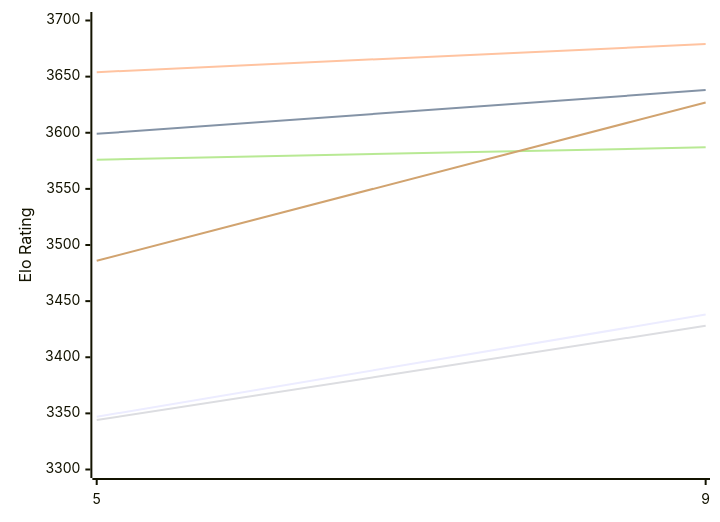
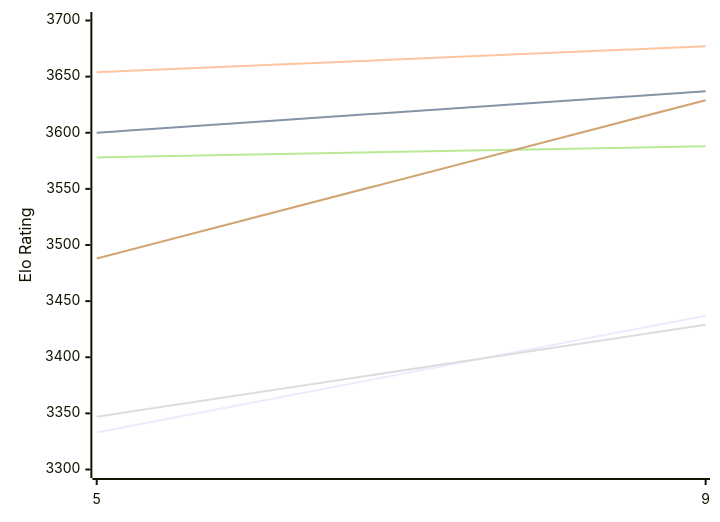
Before and after one commit to computer-chess-index/cci: the first of 2 diagrams in engines/Crystal.md, drawn with Mermaid. The commit also changed other lines of this file, not shown here.

Commit message:
Update CCI Ratings (ELO VLTC) - 2026-11-24

````diff
--- a/engines/Crystal.md
+++ b/engines/Crystal.md
@@ -50,12 +50,12 @@
 ```mermaid
 %%{init: {"theme":"base","themeVariables":{"seriesColors:['#a3a3a3','#222221','#faa371']}}}%%
 xychart-beta
   x-axis ["5", "9"]
   y-axis "Elo Rating" 3300 --> 3700
-  line "E1: STC (8.0+0.08s)" [3347, 3438]
-  line "E1: LTC (60.0+0.60s)" [3599, 3638]
-  line "E1: VLTC (2m24s+1.12s)" [3654, 3679]
-  line "P1: STC (8.0+0.08s)" [3344, 3428]
-  line "P1: LTC (60.0+0.60s)" [3576, 3587]
-  line "P1: VLTC (2m24s+1.12s)" [3486, 3627]
+  line "E1: STC (8.0+0.08s)" [3333, 3437]
+  line "E1: LTC (60.0+0.60s)" [3600, 3637]
+  line "E1: VLTC (2m24s+1.12s)" [3654, 3677]
+  line "P1: STC (8.0+0.08s)" [3347, 3429]
+  line "P1: LTC (60.0+0.60s)" [3578, 3588]
+  line "P1: VLTC (2m24s+1.12s)" [3488, 3629]
 ```
````
